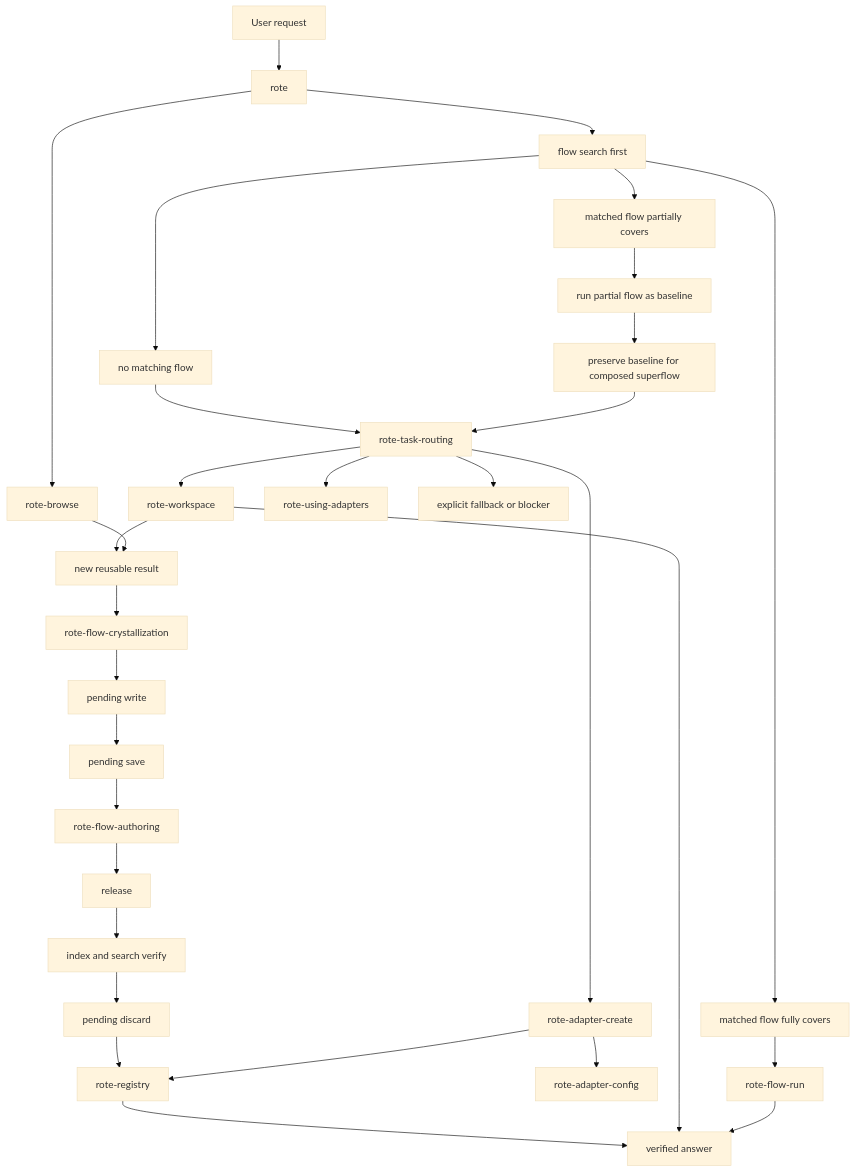
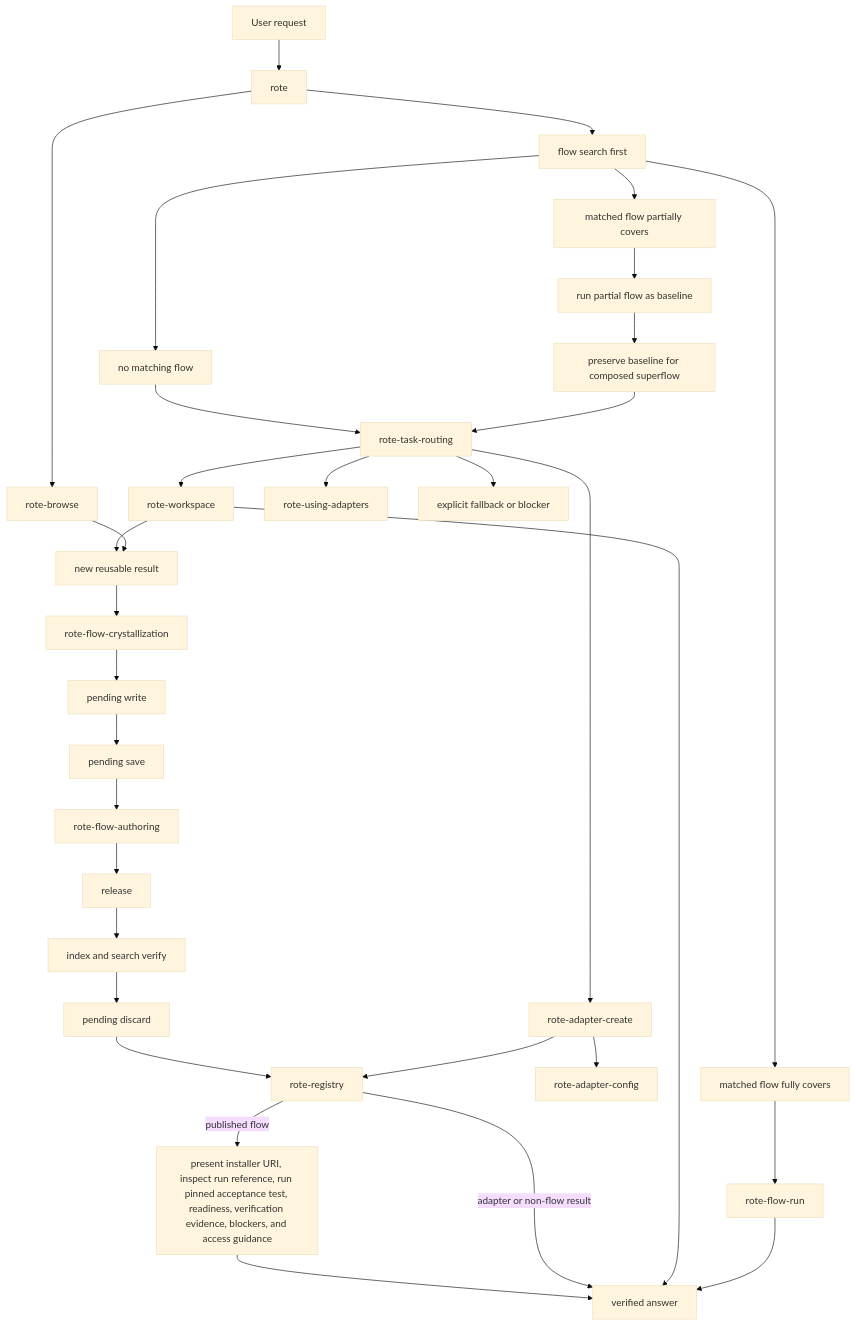
One commit to modiqo/rote-skills changed the diagram in plugins/rote/skills/rote/references/skill-workflow-map.md. Above: the diagram before and after it, drawn with Mermaid (base theme). The commit also changed other lines of this file and 16 other files, not shown here.

````diff
--- a/plugins/rote/skills/rote/references/skill-workflow-map.md
+++ b/plugins/rote/skills/rote/references/skill-workflow-map.md
@@ -109,33 +110,35 @@
 ```mermaid
 flowchart TD
   Start[User request] --> Orchestrator[rote]
   Orchestrator --> FlowSearch[flow search first]
   Orchestrator --> Browser[rote-browse]
   FlowSearch --> FullFlow[matched flow fully covers]
   FlowSearch --> PartialFlow[matched flow partially covers]
   FlowSearch --> NoFlow[no matching flow]
   FullFlow --> FlowRun[rote-flow-run]
   FlowRun --> Done[verified answer]
   PartialFlow --> Baseline[run partial flow as baseline]
   Baseline --> Superflow[preserve baseline for composed superflow]
   Superflow --> TaskRouting[rote-task-routing]
   NoFlow --> TaskRouting
   TaskRouting --> Workspace[rote-workspace]
   TaskRouting --> AdapterCreate[rote-adapter-create]
   TaskRouting --> SingleAdapter[rote-using-adapters]
   TaskRouting --> DirectBlock[explicit fallback or blocker]
   AdapterCreate --> Config[rote-adapter-config]
   AdapterCreate --> Registry
   Browser --> Reusable
   Workspace --> Reusable[new reusable result]
   Workspace --> Done
   Reusable --> Crystallize[rote-flow-crystallization]
   Crystallize --> PendingWrite[pending write]
   PendingWrite --> PendingSave[pending save]
   PendingSave --> Author[rote-flow-authoring]
   Author --> Release[release]
   Release --> IndexSearch[index and search verify]
   IndexSearch --> Discard[pending discard]
   Discard --> Registry[rote-registry]
-  Registry --> Done
+  Registry -->|published flow| PlayUri[present installer URI, inspect run reference, run pinned acceptance test, readiness, verification evidence, blockers, and access guidance]
+  Registry -->|adapter or non-flow result| Done
+  PlayUri --> Done
 ```
````
